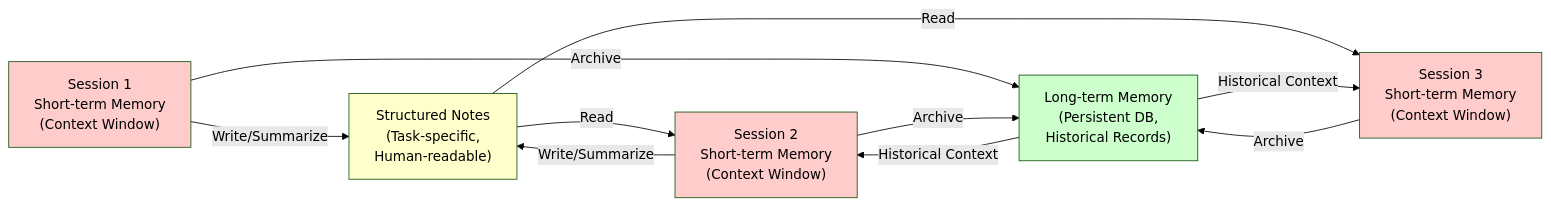
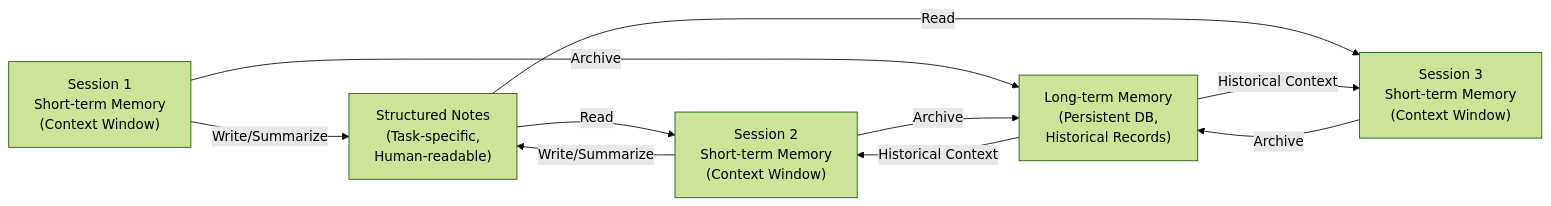
Before and after one commit to machinedge/building-effective-agents: the third of 21 diagrams in building-effective-agents.md, drawn with Mermaid (forest theme). The commit also changed other lines of this file, not shown here.

Commit message:
removed fill colors in mermaid diagrams

````diff
--- a/building-effective-agents.md
+++ b/building-effective-agents.md
@@ -265,27 +254,21 @@
 ```mermaid
 graph LR
     Session1["Session 1<br/>Short-term Memory<br/>(Context Window)"]
     Session2["Session 2<br/>Short-term Memory<br/>(Context Window)"]
     Session3["Session 3<br/>Short-term Memory<br/>(Context Window)"]
 
     Notes["Structured Notes<br/>(Task-specific,<br/>Human-readable)"]
     LongTerm["Long-term Memory<br/>(Persistent DB,<br/>Historical Records)"]
 
     Session1 -->|Write/Summarize| Notes
     Notes -->|Read| Session2
     Session2 -->|Write/Summarize| Notes
     Notes -->|Read| Session3
 
     Session1 -->|Archive| LongTerm
     Session2 -->|Archive| LongTerm
     Session3 -->|Archive| LongTerm
 
     LongTerm -->|Historical Context| Session2
     LongTerm -->|Historical Context| Session3
-
-    style Session1 fill:#ffcccc
-    style Session2 fill:#ffcccc
-    style Session3 fill:#ffcccc
-    style Notes fill:#ffffcc
-    style LongTerm fill:#ccffcc
 ```
````
